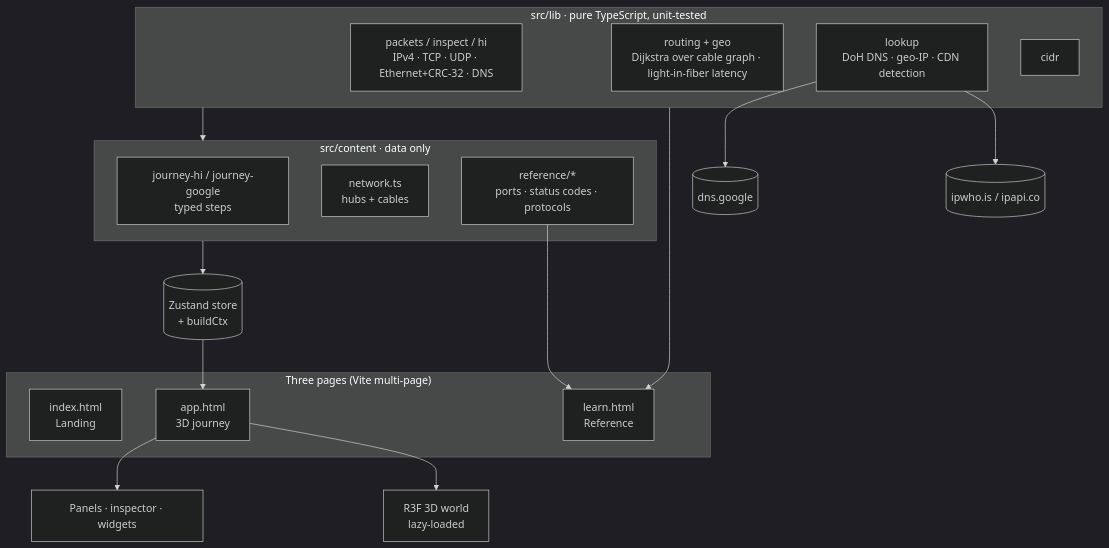
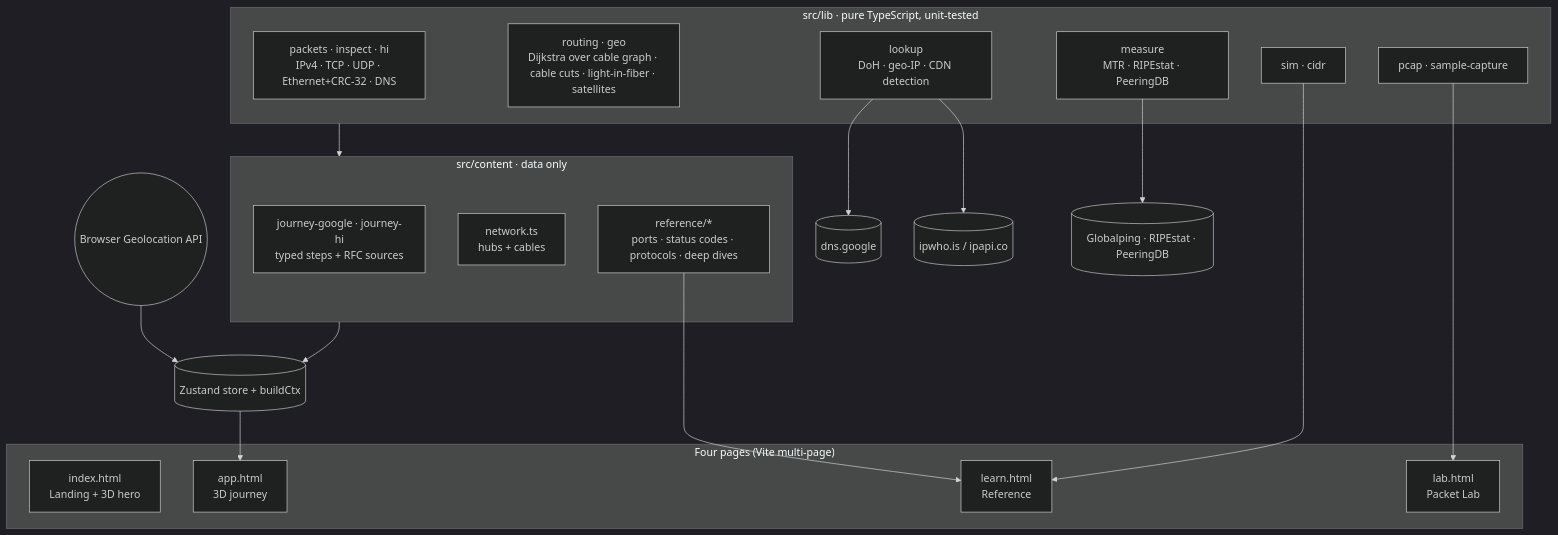
One commit to Karthik-099/packet-journey-3d changed the first of 2 diagrams in README.md. Above: the diagram before and after it, drawn with Mermaid (dark theme). The commit also changed other lines of this file and 17 other files, not shown here.

````diff
--- a/README.md
+++ b/README.md
@@ -43,29 +44,32 @@
 ```mermaid
 flowchart TB
-  subgraph pages["Three pages (Vite multi-page)"]
-    L[index.html<br/>Landing]
+  subgraph pages["Four pages (Vite multi-page)"]
+    L[index.html<br/>Landing + 3D hero]
     A[app.html<br/>3D journey]
     D[learn.html<br/>Reference]
+    P[lab.html<br/>Packet Lab]
   end
   subgraph lib["src/lib · pure TypeScript, unit-tested"]
-    P[packets / inspect / hi<br/>IPv4 · TCP · UDP · Ethernet+CRC-32 · DNS]
-    R[routing + geo<br/>Dijkstra over cable graph · light-in-fiber latency]
-    K[lookup<br/>DoH DNS · geo-IP · CDN detection]
-    C[cidr]
+    PK[packets · inspect · hi<br/>IPv4 · TCP · UDP · Ethernet+CRC-32 · DNS]
+    RT[routing · geo<br/>Dijkstra over cable graph · cable cuts · light-in-fiber · satellites]
+    LK[lookup<br/>DoH · geo-IP · CDN detection]
+    MS[measure<br/>MTR · RIPEstat · PeeringDB]
+    PC[pcap · sample-capture]
+    SM[sim · cidr]
   end
   subgraph content["src/content · data only"]
-    J[journey-hi / journey-google<br/>typed steps]
+    J[journey-google · journey-hi<br/>typed steps + RFC sources]
     N[network.ts<br/>hubs + cables]
-    REF[reference/*<br/>ports · status codes · protocols]
+    REF[reference/*<br/>ports · status codes · protocols · deep dives]
   end
-  S[(Zustand store<br/>+ buildCtx)]
-  ext1[(dns.google)]
-  ext2[(ipwho.is / ipapi.co)]
-  lib --> content --> S
-  K --> ext1 & ext2
-  S --> A
-  A --> UI[Panels · inspector · widgets]
-  A --> W[R3F 3D world<br/>lazy-loaded]
+  ST[(Zustand store + buildCtx)]
+  GEO((Browser Geolocation API))
+  X1[(dns.google)] & X2[(ipwho.is / ipapi.co)] & X3[(Globalping · RIPEstat · PeeringDB)]
+  lib --> content --> ST --> A
+  GEO --> ST
+  LK --> X1 & X2
+  MS --> X3
   REF --> D
-  lib --> D
+  PC --> P
+  SM --> D
 ```
````
